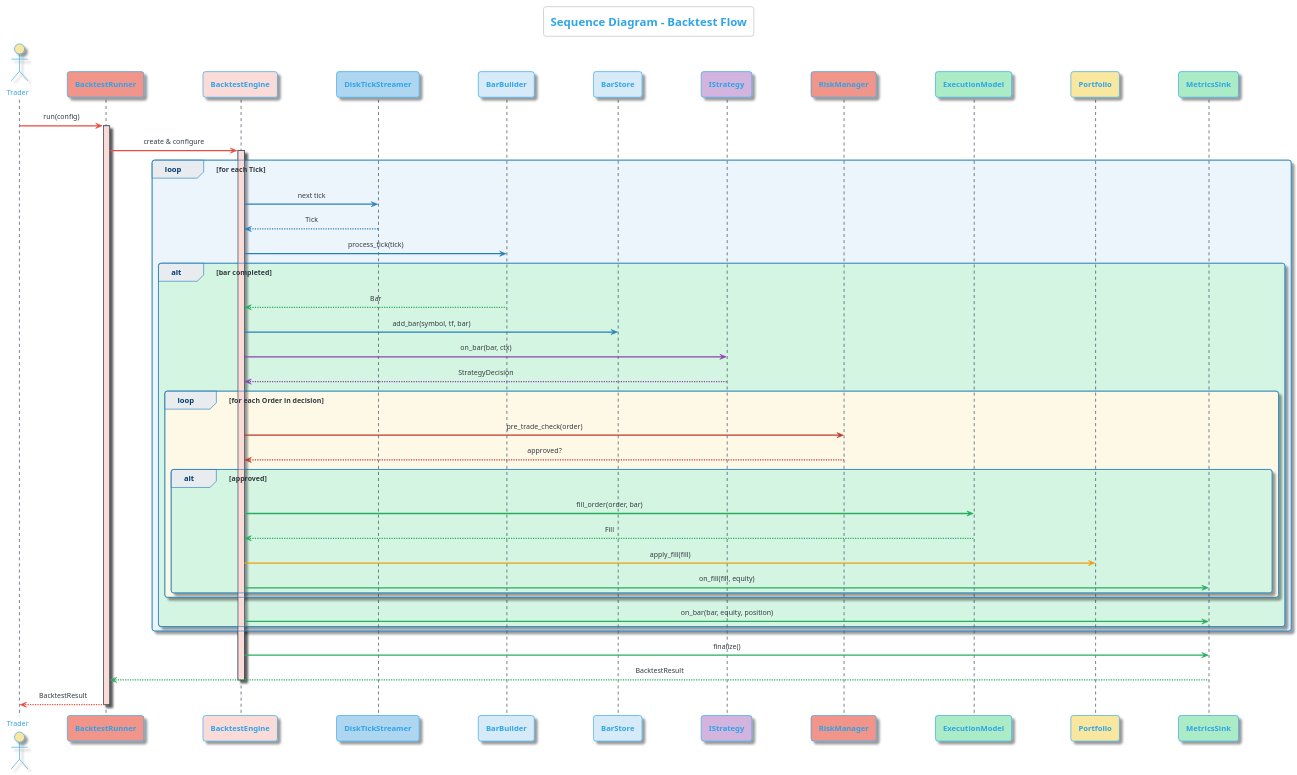
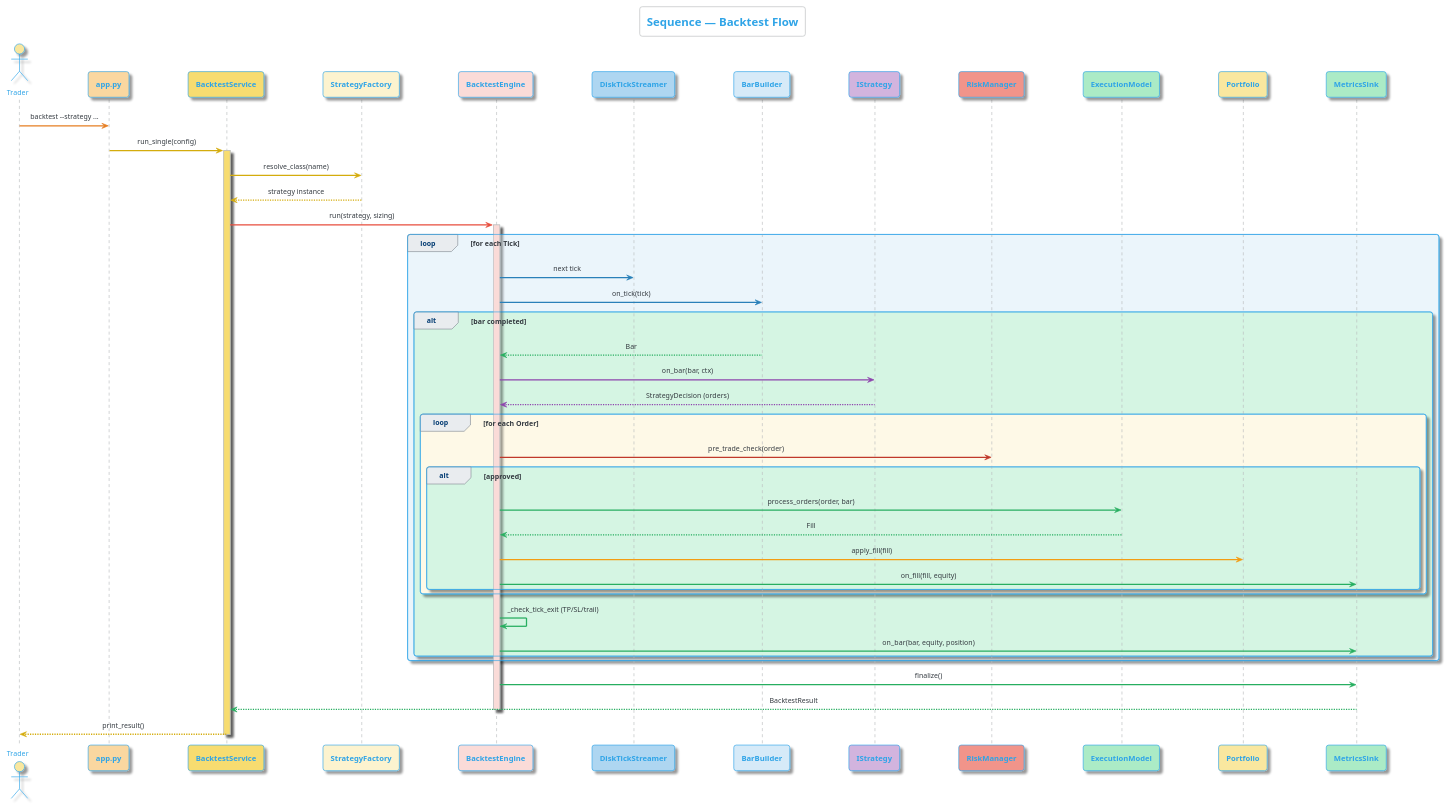
Before and after one commit to McanKul/ai-adaptive-tradebot-blg4901: the tenth of 15 diagrams in docs/uml_diagrams.puml, drawn with PlantUML. The commit also changed other lines of this file and 5 other files, not shown here.

```diff
--- a/docs/uml_diagrams.puml
+++ b/docs/uml_diagrams.puml
@@ -554,78 +1110,65 @@
 @startuml Sequence_Backtest
 !theme cerulean-outline
-title <size:18>**Sequence Diagram - Backtest Flow**</size>
+title <size:18>**Sequence — Backtest Flow**</size>
 
 skinparam {
   shadowing true
   defaultFontSize 11
   sequenceMessageAlign center
   sequenceArrowThickness 2
   maxMessageSize 200
 }
-
 skinparam participant {
   FontSize 12
   FontStyle bold
 }
 
-skinparam sequence {
-  LifeLineBorderColor #2C3E50
-  LifeLineBackgroundColor #F8F9F9
-  BoxBorderColor #2C3E50
-  BoxBackgroundColor #EBF5FB
-  DividerBackgroundColor #D5DBDB
-  GroupBorderColor #2980B9
-  GroupHeaderFontSize 12
-}
-
 actor "Trader" as User #F9E79F
-participant "BacktestRunner" as Runner #F1948A
+participant "app.py" as CLI #FAD7A0
+participant "BacktestService" as Svc #F7DC6F
+participant "StrategyFactory" as SF #FCF3CF
 participant "BacktestEngine" as Engine #FADBD8
-participant "DiskTickStreamer" as Streamer #AED6F1
+participant "DiskTickStreamer" as Stream #AED6F1
 participant "BarBuilder" as BB #D6EAF8
-participant "BarStore" as BS #D6EAF8
 participant "IStrategy" as Strat #D2B4DE
 participant "RiskManager" as Risk #F1948A
 participant "ExecutionModel" as Exec #ABEBC6
 participant "Portfolio" as Port #F9E79F
 participant "MetricsSink" as Metrics #ABEBC6
 
-User -[#E74C3C]> Runner: run(config)
-activate Runner #FADBD8
-Runner -[#E74C3C]> Engine: create & configure
+User -[#E67E22]> CLI: backtest --strategy ...
+CLI -[#D4AC0D]> Svc: run_single(config)
+activate Svc #F7DC6F
+Svc -[#D4AC0D]> SF: resolve_class(name)
+SF --[#D4AC0D]> Svc: strategy instance
+Svc -[#E74C3C]> Engine: run(strategy, sizing)
 activate Engine #FADBD8
 
 loop #EBF5FB for each Tick
-  Engine -[#2980B9]> Streamer: next tick
-  Streamer --[#2980B9]> Engine: Tick
-  Engine -[#2980B9]> BB: process_tick(tick)
-
+  Engine -[#2980B9]> Stream: next tick
+  Engine -[#2980B9]> BB: on_tick(tick)
   alt #D5F5E3 bar completed
     BB --[#27AE60]> Engine: Bar
-    Engine -[#2980B9]> BS: add_bar(symbol, tf, bar)
     Engine -[#8E44AD]> Strat: on_bar(bar, ctx)
-    Strat --[#8E44AD]> Engine: StrategyDecision
-
-    loop #FEF9E7 for each Order in decision
+    Strat --[#8E44AD]> Engine: StrategyDecision (orders)
+    loop #FEF9E7 for each Order
       Engine -[#C0392B]> Risk: pre_trade_check(order)
-      Risk --[#C0392B]> Engine: approved?
-
       alt #D5F5E3 approved
-        Engine -[#27AE60]> Exec: fill_order(order, bar)
+        Engine -[#27AE60]> Exec: process_orders(order, bar)
         Exec --[#27AE60]> Engine: Fill
         Engine -[#F39C12]> Port: apply_fill(fill)
         Engine -[#27AE60]> Metrics: on_fill(fill, equity)
       end
     end
-
+    Engine -[#27AE60]> Engine: _check_tick_exit (TP/SL/trail)
     Engine -[#27AE60]> Metrics: on_bar(bar, equity, position)
   end
 end
 
 Engine -[#27AE60]> Metrics: finalize()
-Metrics --[#27AE60]> Runner: BacktestResult
+Metrics --[#27AE60]> Svc: BacktestResult
 deactivate Engine
-Runner --[#E74C3C]> User: BacktestResult
-deactivate Runner
+Svc --[#D4AC0D]> User: print_result()
+deactivate Svc
 
 @enduml
```
